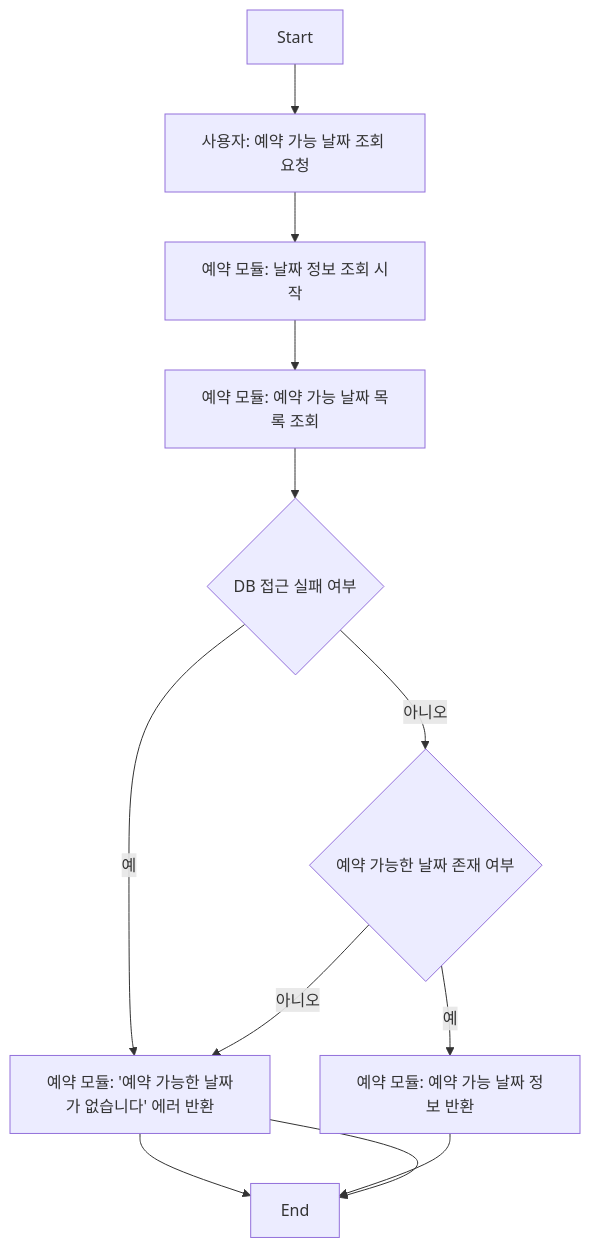
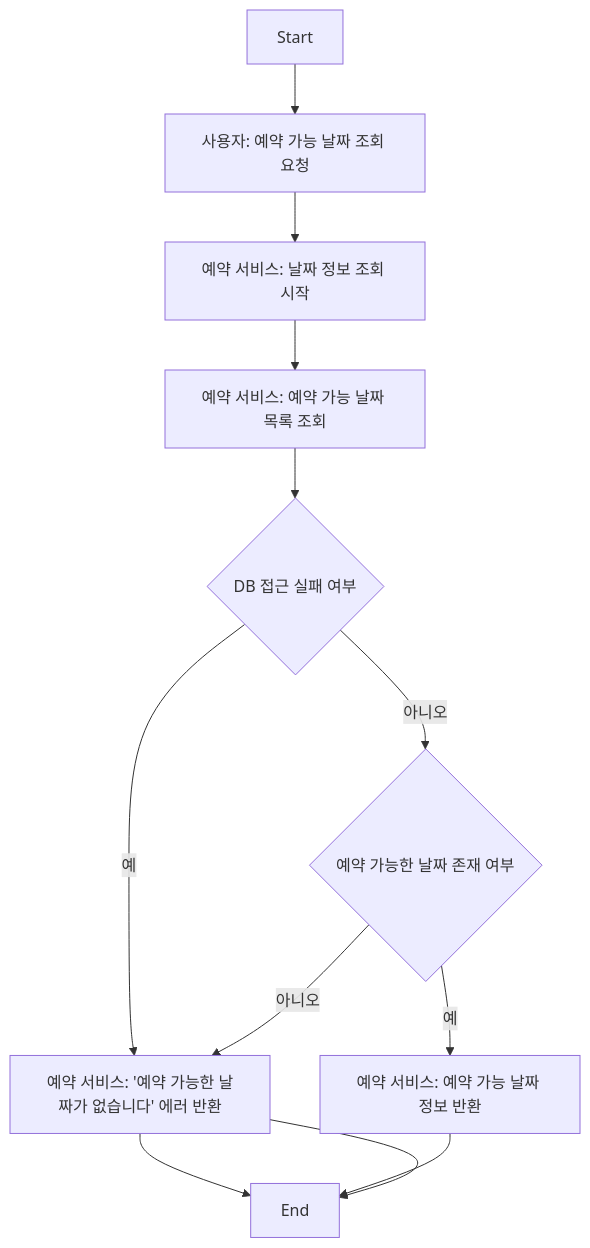
The ninth of 14 diagrams in README.md (SooLee99/hhplus-concert-reservation-service), drawn with Mermaid before and after one commit. The commit also changed other lines of this file, not shown here.

````diff
--- a/README.md
+++ b/README.md
@@ -393,25 +393,25 @@
 ```mermaid
 flowchart TD
     %% 노드 정의
     Start["Start"]
     A_RequestDates["사용자: 예약 가능 날짜 조회 요청"]
-    B_StartLookup["예약 모듈: 날짜 정보 조회 시작"]
-    F_QueryDates["예약 모듈: 예약 가능 날짜 목록 조회"]
+    B_StartLookup["예약 서비스: 날짜 정보 조회 시작"]
+    F_QueryDates["예약 서비스: 예약 가능 날짜 목록 조회"]
     G_DBAccessFailed{"DB 접근 실패 여부"}
     H_DatesAvailable{"예약 가능한 날짜 존재 여부"}
-    I_NoDates["예약 모듈: '예약 가능한 날짜가 없습니다' 에러 반환"]
-    J_ReturnDates["예약 모듈: 예약 가능 날짜 정보 반환"]
+    I_NoDates["예약 서비스: '예약 가능한 날짜가 없습니다' 에러 반환"]
+    J_ReturnDates["예약 서비스: 예약 가능 날짜 정보 반환"]
     End["End"]
 
     %% 흐름 연결
     Start --> A_RequestDates
     A_RequestDates --> B_StartLookup
     B_StartLookup --> F_QueryDates
 
     F_QueryDates --> G_DBAccessFailed
     G_DBAccessFailed -- "예" --> I_NoDates --> End
     G_DBAccessFailed -- "아니오" --> H_DatesAvailable
 
     H_DatesAvailable -- "예" --> J_ReturnDates --> End
     H_DatesAvailable -- "아니오" --> I_NoDates --> End
 ```
````
